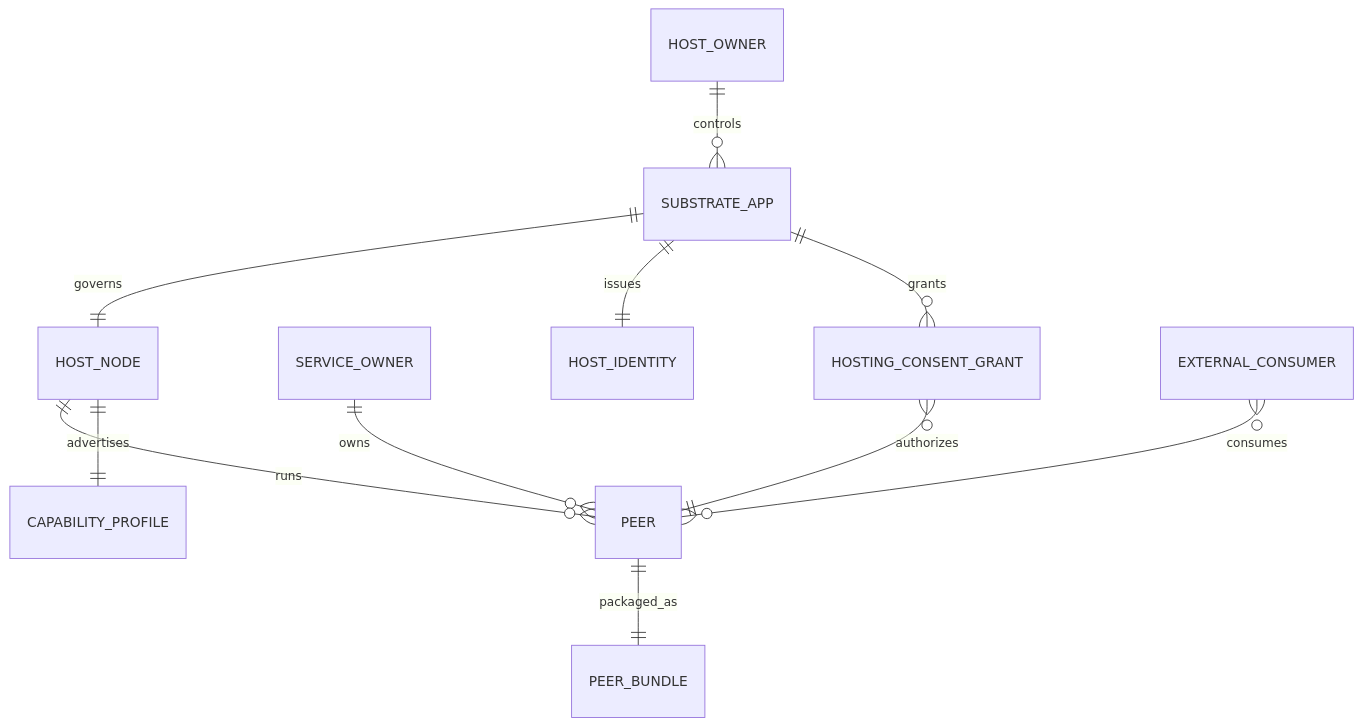
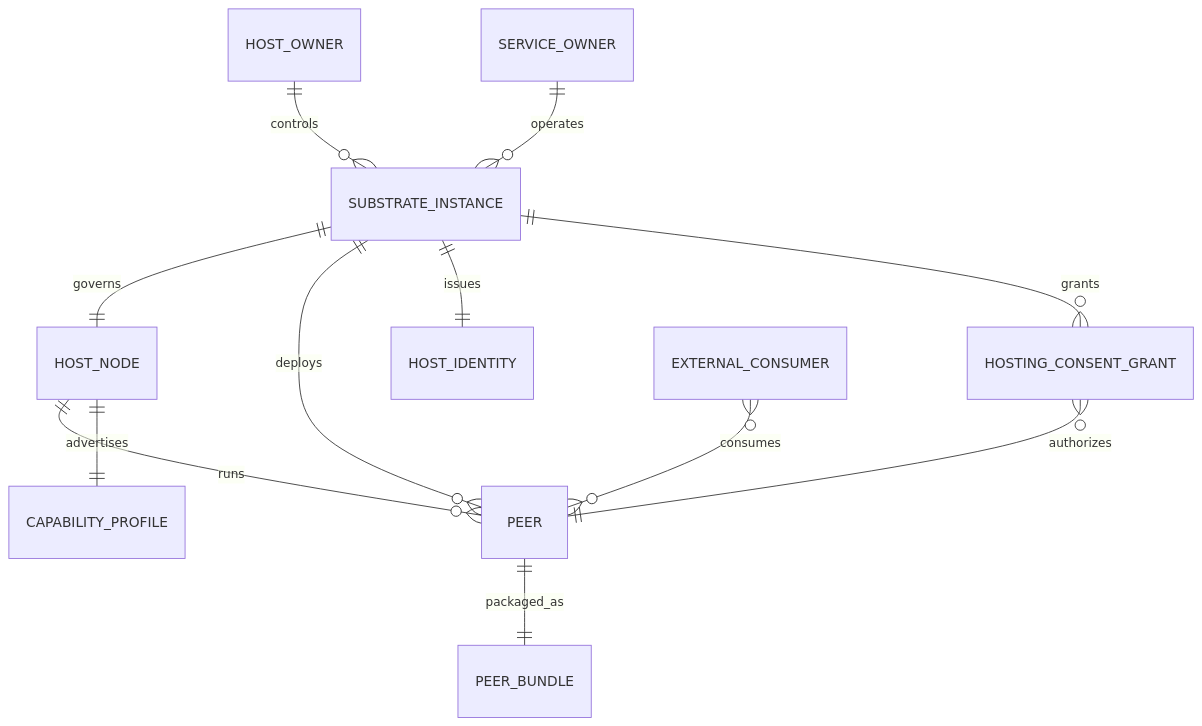
Before and after one commit to syneroym/syneroym: the second of 2 diagrams in product/04-system-model.md, drawn with Mermaid. The commit also changed other lines of this file and 4 other files, not shown here.

````diff
--- a/product/04-system-model.md
+++ b/product/04-system-model.md
@@ -86,13 +90,14 @@
 ```mermaid
 erDiagram
-  HOST_OWNER ||--o{ SUBSTRATE_APP : controls
-  SUBSTRATE_APP ||--|| HOST_NODE : governs
-  SERVICE_OWNER ||--o{ PEER : owns
+  HOST_OWNER ||--o{ SUBSTRATE_INSTANCE : controls
+  SUBSTRATE_INSTANCE ||--|| HOST_NODE : governs
+  SERVICE_OWNER ||--o{ SUBSTRATE_INSTANCE : operates
+  SUBSTRATE_INSTANCE ||--o{ PEER : deploys
   HOST_NODE ||--o{ PEER : runs
-  SUBSTRATE_APP ||--|| HOST_IDENTITY : issues
+  SUBSTRATE_INSTANCE ||--|| HOST_IDENTITY : issues
   HOST_NODE ||--|| CAPABILITY_PROFILE : advertises
   PEER ||--|| PEER_BUNDLE : packaged_as
-  SUBSTRATE_APP ||--o{ HOSTING_CONSENT_GRANT : grants
+  SUBSTRATE_INSTANCE ||--o{ HOSTING_CONSENT_GRANT : grants
   HOSTING_CONSENT_GRANT }o--|| PEER : authorizes
   EXTERNAL_CONSUMER }o--o{ PEER : consumes
 ```
````
